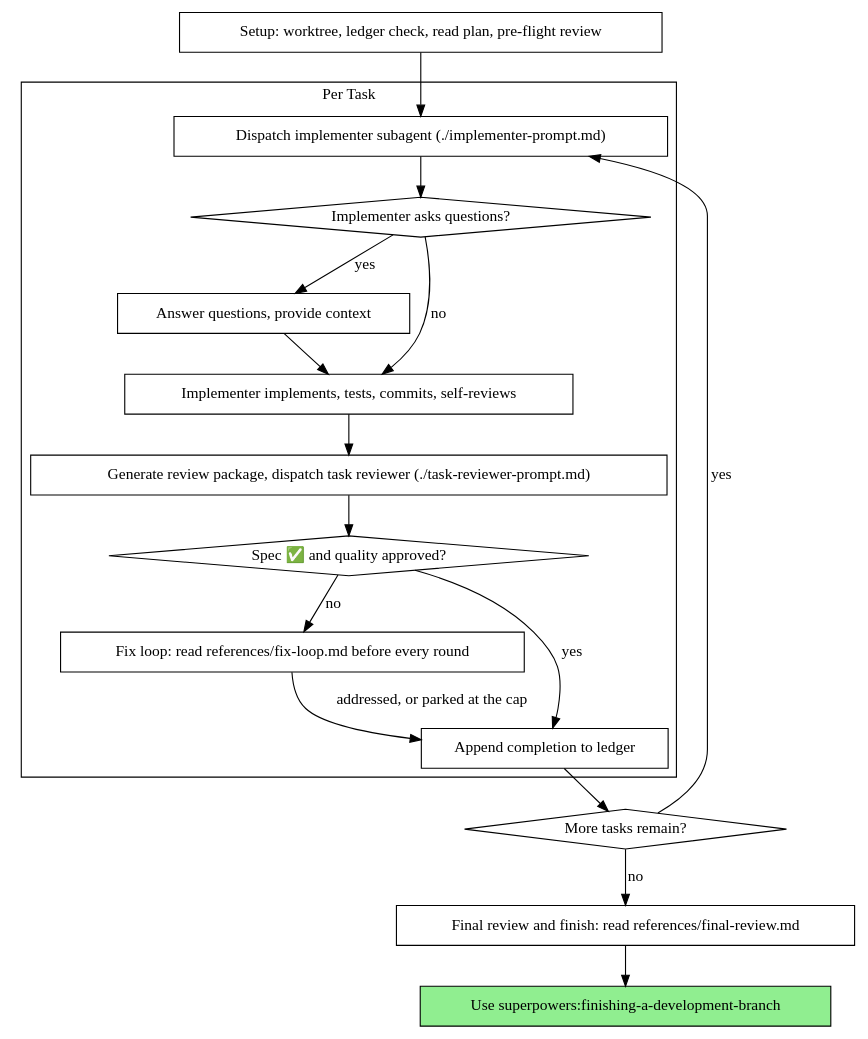
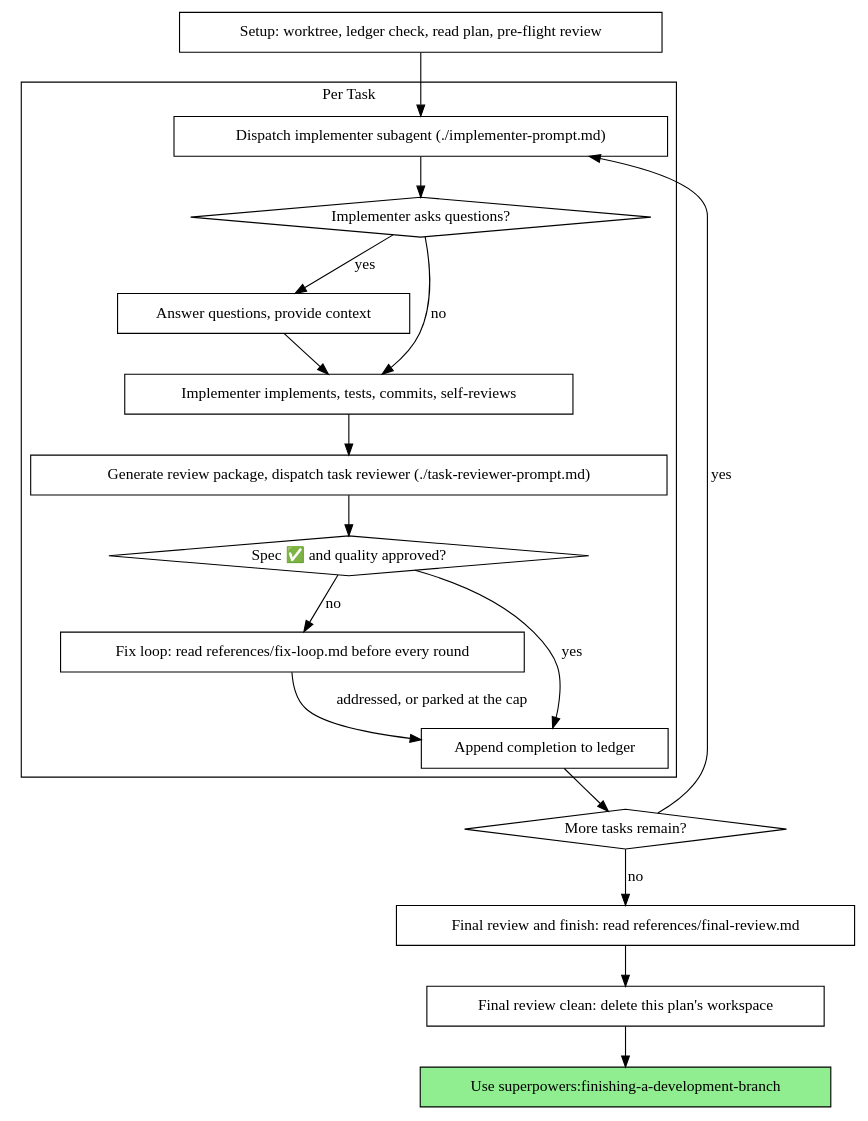
The second of 2 diagrams in skills/subagent-driven-development/SKILL.md (obra/superpowers), drawn with Graphviz before and after one commit. The commit also changed other lines of this file and 4 other files, not shown here.

````diff
--- a/skills/subagent-driven-development/SKILL.md
+++ b/skills/subagent-driven-development/SKILL.md
@@ -61,37 +61,39 @@
 ```dot
 digraph process {
     rankdir=TB;
 
     subgraph cluster_per_task {
         label="Per Task";
         "Dispatch implementer subagent (./implementer-prompt.md)" [shape=box];
         "Implementer asks questions?" [shape=diamond];
         "Answer questions, provide context" [shape=box];
         "Implementer implements, tests, commits, self-reviews" [shape=box];
         "Generate review package, dispatch task reviewer (./task-reviewer-prompt.md)" [shape=box];
         "Spec ✅ and quality approved?" [shape=diamond];
         "Fix loop: read references/fix-loop.md before every round" [shape=box];
         "Append completion to ledger" [shape=box];
     }
 
     "Setup: worktree, ledger check, read plan, pre-flight review" [shape=box];
     "More tasks remain?" [shape=diamond];
     "Final review and finish: read references/final-review.md" [shape=box];
+    "Final review clean: delete this plan's workspace" [shape=box];
     "Use superpowers:finishing-a-development-branch" [shape=box style=filled fillcolor=lightgreen];
 
     "Setup: worktree, ledger check, read plan, pre-flight review" -> "Dispatch implementer subagent (./implementer-prompt.md)";
     "Dispatch implementer subagent (./implementer-prompt.md)" -> "Implementer asks questions?";
     "Implementer asks questions?" -> "Answer questions, provide context" [label="yes"];
     "Answer questions, provide context" -> "Implementer implements, tests, commits, self-reviews";
     "Implementer asks questions?" -> "Implementer implements, tests, commits, self-reviews" [label="no"];
     "Implementer implements, tests, commits, self-reviews" -> "Generate review package, dispatch task reviewer (./task-reviewer-prompt.md)";
     "Generate review package, dispatch task reviewer (./task-reviewer-prompt.md)" -> "Spec ✅ and quality approved?";
     "Spec ✅ and quality approved?" -> "Append completion to ledger" [label="yes"];
     "Spec ✅ and quality approved?" -> "Fix loop: read references/fix-loop.md before every round" [label="no"];
     "Fix loop: read references/fix-loop.md before every round" -> "Append completion to ledger" [label="addressed, or parked at the cap"];
     "Append completion to ledger" -> "More tasks remain?";
     "More tasks remain?" -> "Dispatch implementer subagent (./implementer-prompt.md)" [label="yes"];
     "More tasks remain?" -> "Final review and finish: read references/final-review.md" [label="no"];
-    "Final review and finish: read references/final-review.md" -> "Use superpowers:finishing-a-development-branch";
+    "Final review and finish: read references/final-review.md" -> "Final review clean: delete this plan's workspace";
+    "Final review clean: delete this plan's workspace" -> "Use superpowers:finishing-a-development-branch";
 }
 ```
````
